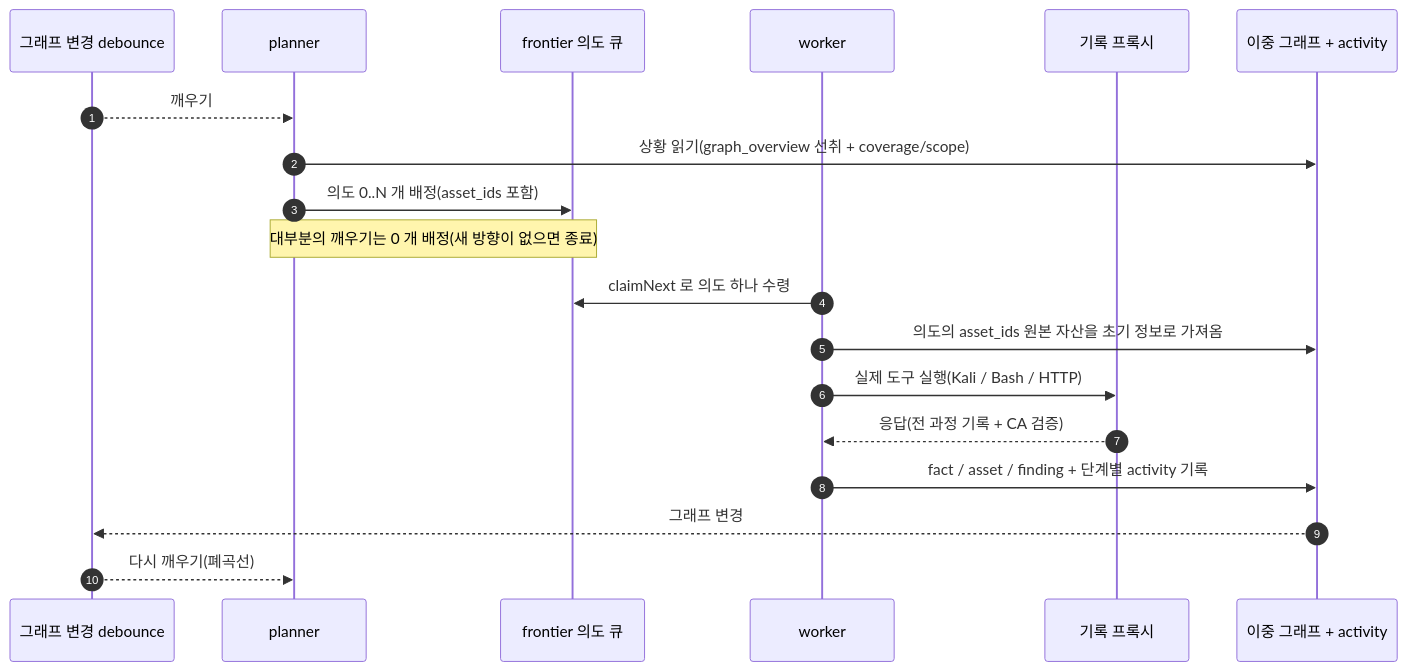
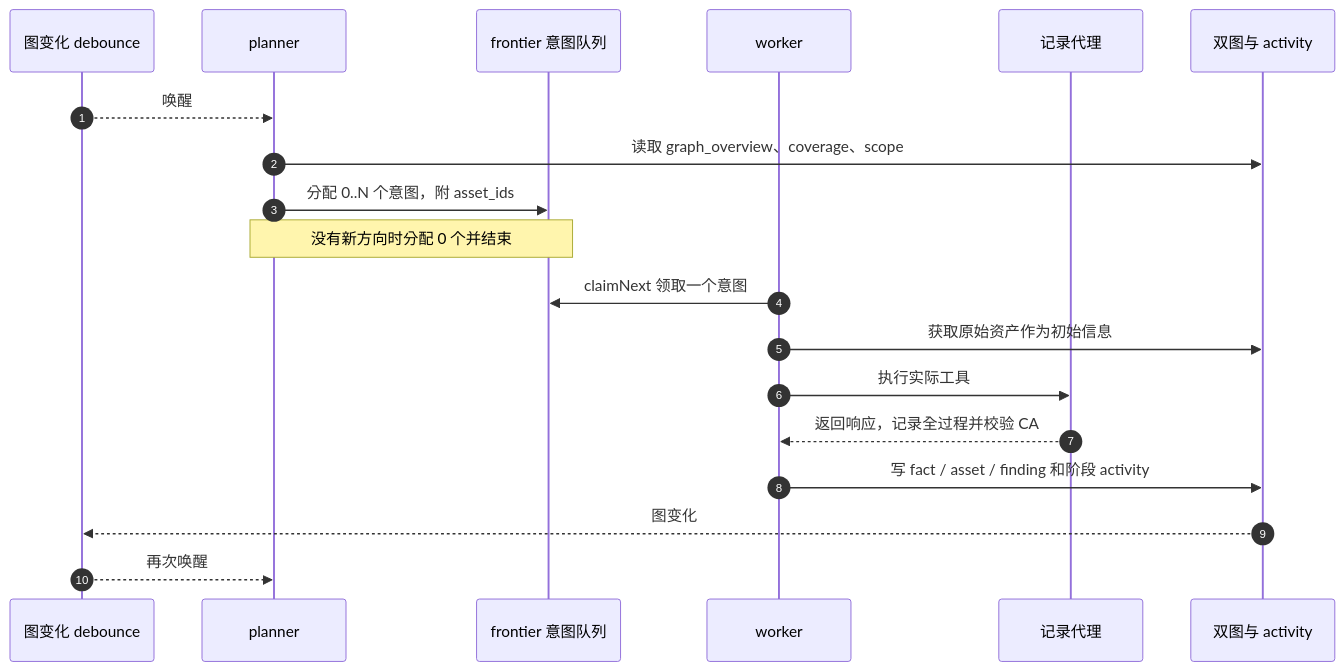
Before and after one commit to j5tv9nfzhn-hue/ARTEX-HYDRA: the third of 5 diagrams in README.md, drawn with Mermaid. The commit also changed other lines of this file and 279 other files, not shown here.

````diff
--- a/README.md
+++ b/README.md
@@ -281,22 +257,21 @@
 ```mermaid
 sequenceDiagram
   autonumber
-  participant EV as 그래프 변경 debounce
+  participant EV as 图变化 debounce
   participant P as planner
-  participant FR as frontier 의도 큐
+  participant FR as frontier 意图队列
   participant W as worker
-  participant PX as 기록 프록시
-  participant DB as 이중 그래프 + activity
-
-  EV-->>P: 깨우기
-  P->>DB: 상황 읽기(graph_overview 선취 + coverage/scope)
-  P->>FR: 의도 0..N 개 배정(asset_ids 포함)
-  Note over P,FR: 대부분의 깨우기는 0 개 배정(새 방향이 없으면 종료)
-  W->>FR: claimNext 로 의도 하나 수령
-  W->>DB: 의도의 asset_ids 원본 자산을 초기 정보로 가져옴
-  W->>PX: 실제 도구 실행(Kali / Bash / HTTP)
-  PX-->>W: 응답(전 과정 기록 + CA 검증)
-  W->>DB: fact / asset / finding + 단계별 activity 기록
-  DB-->>EV: 그래프 변경
-  EV-->>P: 다시 깨우기(폐곡선)
+  participant PX as 记录代理
+  participant DB as 双图与 activity
+  EV-->>P: 唤醒
+  P->>DB: 读取 graph_overview、coverage、scope
+  P->>FR: 分配 0..N 个意图，附 asset_ids
+  Note over P,FR: 没有新方向时分配 0 个并结束
+  W->>FR: claimNext 领取一个意图
+  W->>DB: 获取原始资产作为初始信息
+  W->>PX: 执行实际工具
+  PX-->>W: 返回响应，记录全过程并校验 CA
+  W->>DB: 写 fact / asset / finding 和阶段 activity
+  DB-->>EV: 图变化
+  EV-->>P: 再次唤醒
 ```
````
